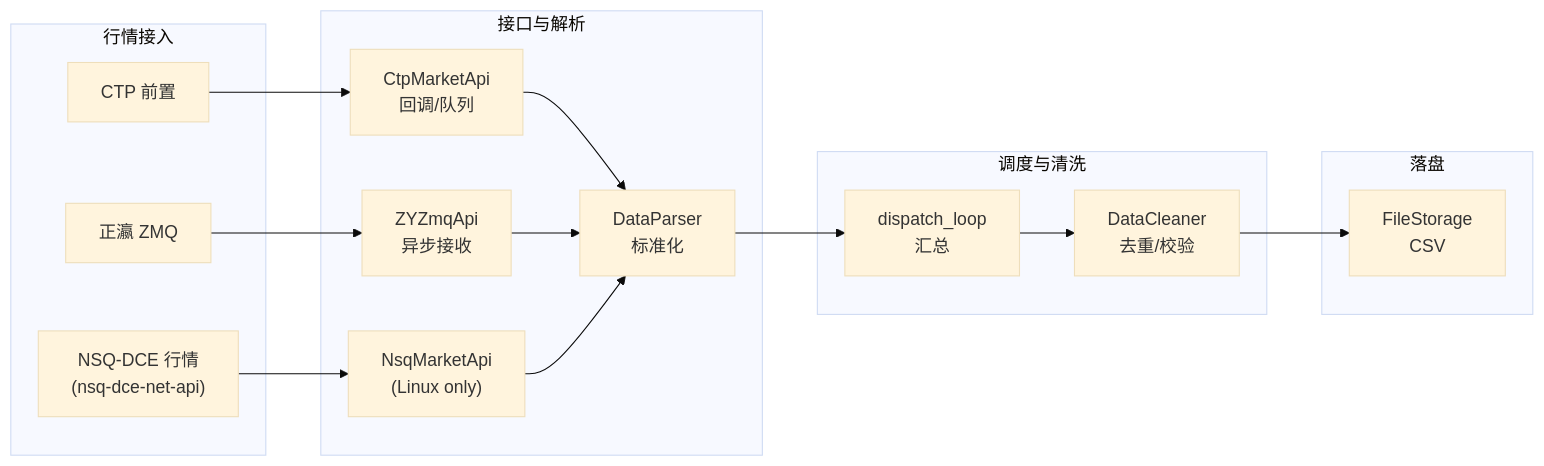
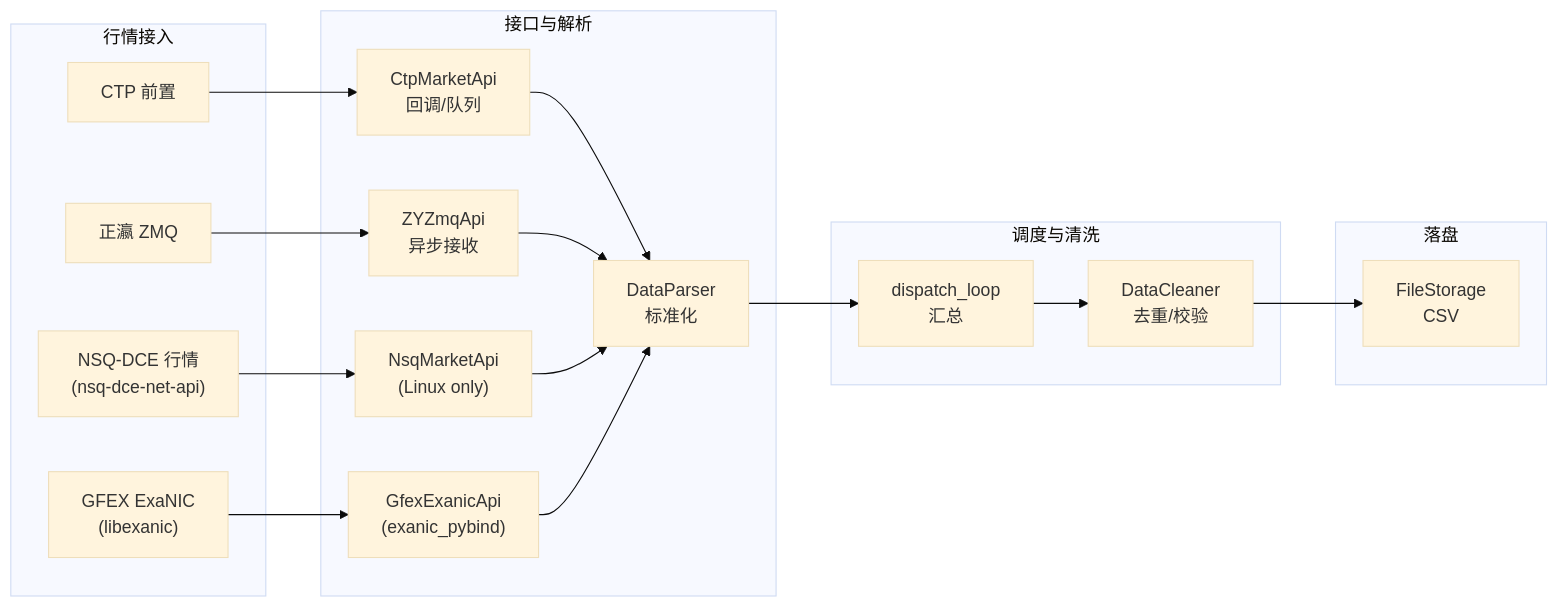
Before and after one commit to dancing-clown/futures_quant_framework: the second of 2 diagrams in README.md, drawn with Mermaid (base theme). The commit also changed other lines of this file and 60 other files, not shown here.

First line of the commit message:
feat: 添加 GFEX ExaNIC 行情源支持

````diff
--- a/README.md
+++ b/README.md
@@ -88,34 +95,38 @@
 ```mermaid
 flowchart LR
     subgraph 行情接入
         A1["CTP 前置"]
         A2["正瀛 ZMQ"]
         A3["NSQ-DCE 行情\n(nsq-dce-net-api)"]
+        A4["GFEX ExaNIC\n(libexanic)"]
     end
 
     subgraph 接口与解析
         B1["CtpMarketApi\n回调/队列"]
         B2["ZYZmqApi\n异步接收"]
         B3["NsqMarketApi\n(Linux only)"]
-        B4["DataParser\n标准化"]
+        B4["GfexExanicApi\n(exanic_pybind)"]
+        B5["DataParser\n标准化"]
     end
 
     subgraph 调度与清洗
         C1["dispatch_loop\n汇总"]
         C2["DataCleaner\n去重/校验"]
     end
 
     subgraph 落盘
         D1["FileStorage\nCSV"]
     end
 
     A1 --> B1
     A2 --> B2
     A3 --> B3
-    B1 --> B4
-    B2 --> B4
-    B3 --> B4
-    B4 --> C1
+    A4 --> B4
+    B1 --> B5
+    B2 --> B5
+    B3 --> B5
+    B4 --> B5
+    B5 --> C1
     C1 --> C2
     C2 --> D1
 ```
````
